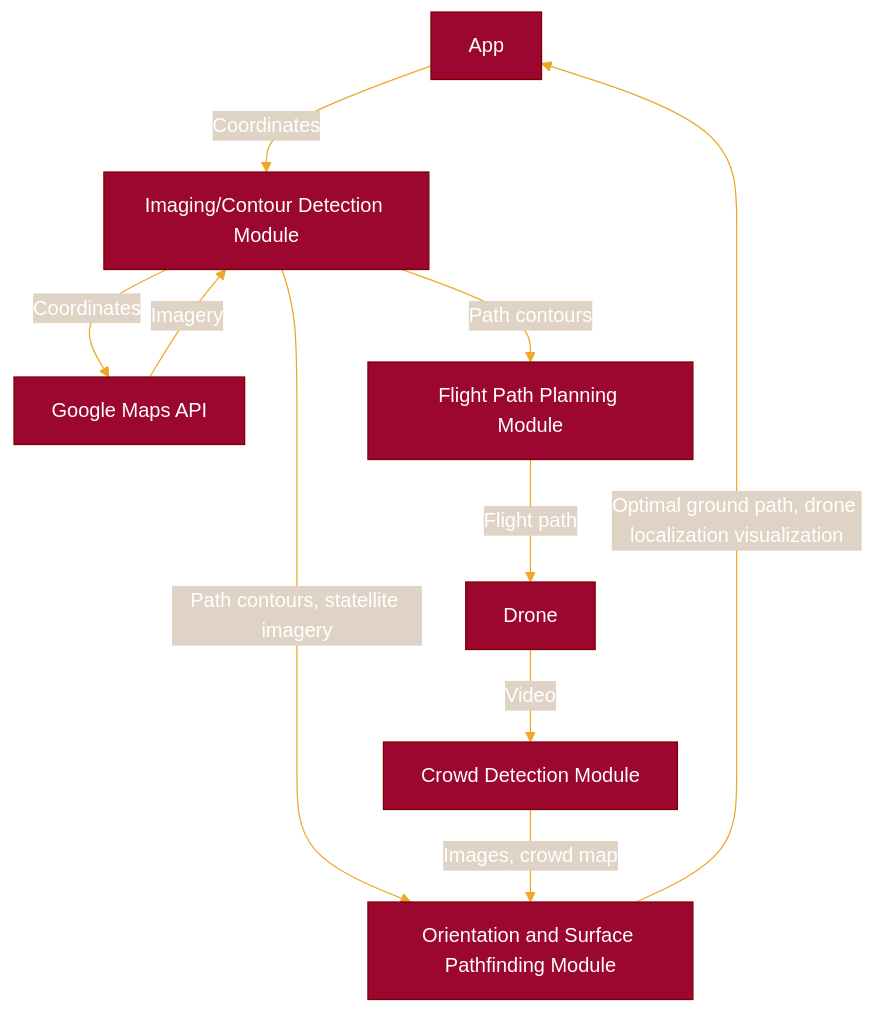
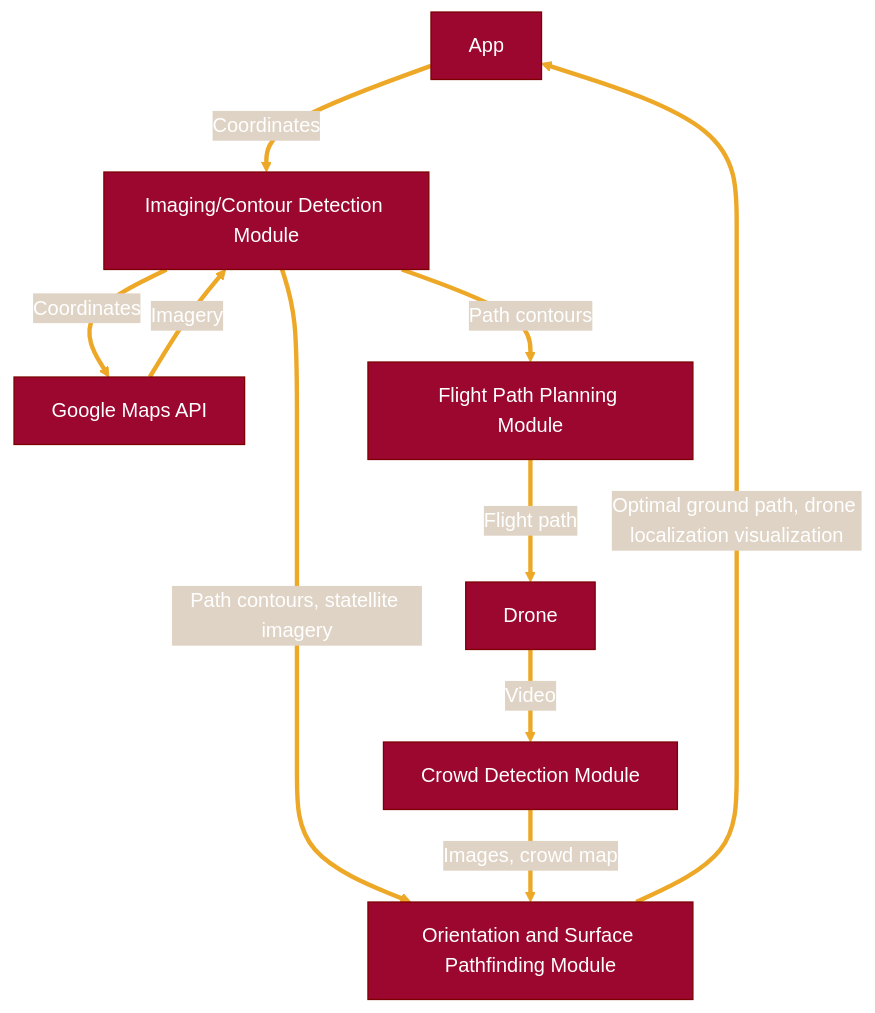
One commit to maximuskiii/TartanHacks2024 changed the diagram in README.md. Above: the diagram before and after it, drawn with Mermaid.

Commit message:
testing themes

````diff
--- a/README.md
+++ b/README.md
@@ -3,26 +3,26 @@
 ```mermaid
 %%{
     init: {
         'theme': 'base',
         'themeVariables': {
             'primaryColor': '#9b072f',
             'primaryTextColor': '#fff',
             'primaryBorderColor': '#7C0000',
             'lineColor': '#eda828',
             'secondaryColor': '#dfd3c5',
             'secondaryTextColor': '#00000',
             'tertiaryColor': '#000000'
         }
     }
 }%%
 flowchart TB
-    A[App] -->|Coordinates| B[Imaging/Contour Detection Module];
-    B -->|Coordinates| C[Google Maps API];
-    C -->|Imagery| B
-    B -->|Path contours| D[Flight Path Planning Module]
-    B -->|Path contours, statellite imagery| E[Orientation and Surface Pathfinding Module]
-    D -->|Flight path| F[Drone]
-    F -->|Video| G[Crowd Detection Module]
-    G -->|Images, crowd map| E
-    E -->|Optimal ground path, drone localization visualization| A
+    A[App] ==>|Coordinates| B[Imaging/Contour Detection Module];
+    B ==>|Coordinates| C[Google Maps API];
+    C ==>|Imagery| B
+    B ==>|Path contours| D[Flight Path Planning Module]
+    B ==>|Path contours, statellite imagery| E[Orientation and Surface Pathfinding Module]
+    D ==>|Flight path| F[Drone]
+    F ==>|Video| G[Crowd Detection Module]
+    G ==>|Images, crowd map| E
+    E ==>|Optimal ground path, drone localization visualization| A
 ```
````
